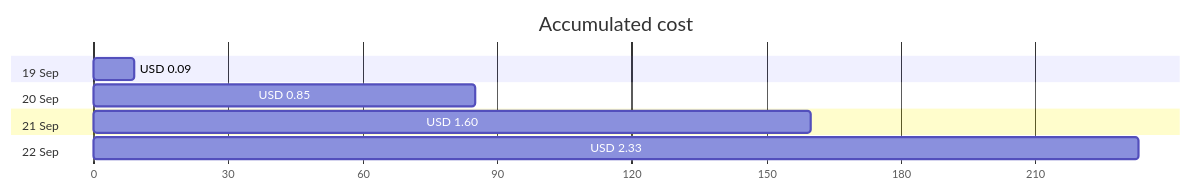
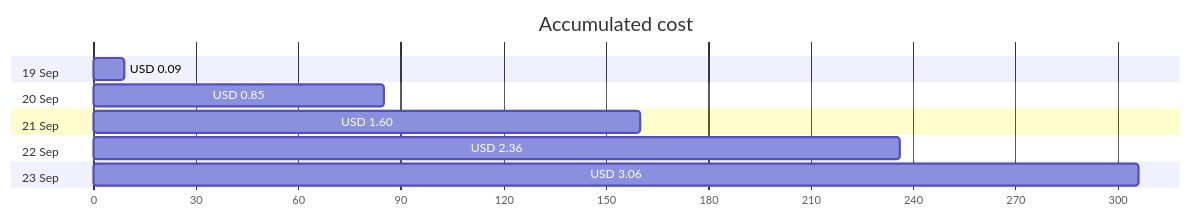
Before and after one commit to jpfulton/azure-personal-reports: the first of 4 diagrams in cost-reports/personal-network/backup-server-data-disk.md, drawn with Mermaid. The commit also changed other lines of this file and 9 other files, not shown here.

````diff
--- a/cost-reports/personal-network/backup-server-data-disk.md
+++ b/cost-reports/personal-network/backup-server-data-disk.md
@@ -20,14 +20,16 @@
 ```mermaid
 gantt
    title Accumulated cost
    dateFormat  X
    axisFormat %s
    section 19 Sep
    USD 0.09 :0, 9
    section 20 Sep
    USD 0.85 :0, 85
    section 21 Sep
    USD 1.60 :0, 160
    section 22 Sep
-   USD 2.33 :0, 233
+   USD 2.36 :0, 236
+   section 23 Sep
+   USD 3.06 :0, 306
 ```
````
